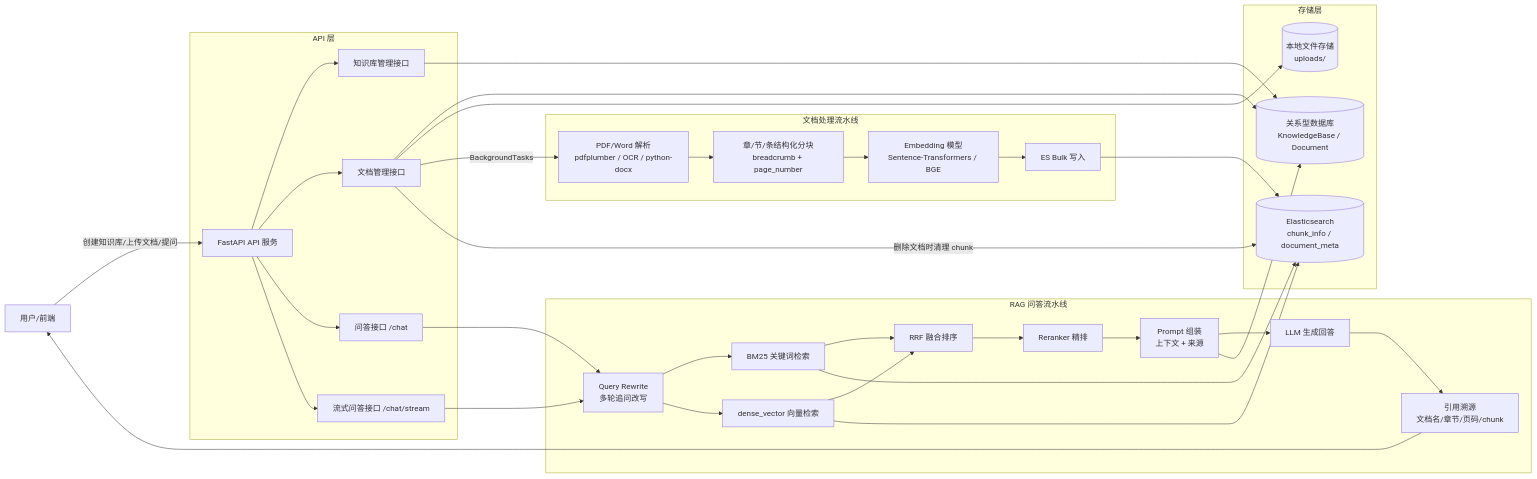
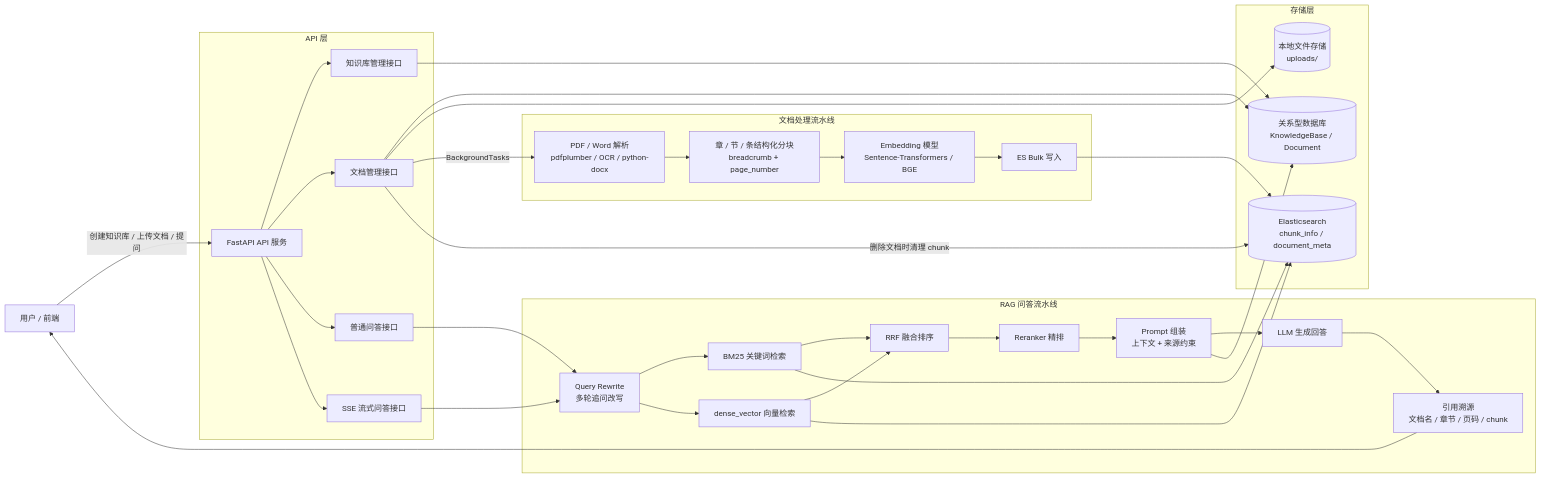
The first of 3 diagrams in README.md (zwh-W/gov_rag), drawn with Mermaid before and after one commit. The commit also changed other lines of this file and 2 other files, not shown here.

````diff
--- a/README.md
+++ b/README.md
@@ -99,51 +75,51 @@
 ```mermaid
 flowchart LR
-    U[用户/前端] -->|创建知识库/上传文档/提问| API[FastAPI API 服务]
+    U[用户 / 前端] -->|创建知识库 / 上传文档 / 提问| API[FastAPI API 服务]
 
     subgraph API_LAYER[API 层]
         API --> KBAPI[知识库管理接口]
         API --> DOCAPI[文档管理接口]
-        API --> CHATAPI[问答接口 /chat]
-        API --> STREAMAPI[流式问答接口 /chat/stream]
+        API --> CHATAPI[普通问答接口]
+        API --> STREAMAPI[SSE 流式问答接口]
     end
 
     subgraph STORAGE[存储层]
         DB[(关系型数据库\nKnowledgeBase / Document)]
         FS[(本地文件存储\nuploads/)]
         ES[(Elasticsearch\nchunk_info / document_meta)]
     end
 
     subgraph DOC_PIPELINE[文档处理流水线]
-        PARSER[PDF/Word 解析\npdfplumber / OCR / python-docx]
-        SPLITTER[章/节/条结构化分块\nbreadcrumb + page_number]
+        PARSER[PDF / Word 解析\npdfplumber / OCR / python-docx]
+        SPLITTER[章 / 节 / 条结构化分块\nbreadcrumb + page_number]
         EMB[Embedding 模型\nSentence-Transformers / BGE]
         BULK[ES Bulk 写入]
     end
 
     subgraph RAG_PIPELINE[RAG 问答流水线]
         REWRITE[Query Rewrite\n多轮追问改写]
         BM25[BM25 关键词检索]
         VECTOR[dense_vector 向量检索]
         RRF[RRF 融合排序]
         RERANK[Reranker 精排]
-        PROMPT[Prompt 组装\n上下文 + 来源]
+        PROMPT[Prompt 组装\n上下文 + 来源约束]
         LLM[LLM 生成回答]
-        SOURCE[引用溯源\n文档名/章节/页码/chunk]
+        SOURCE[引用溯源\n文档名 / 章节 / 页码 / chunk]
     end
 
     KBAPI --> DB
     DOCAPI --> DB
     DOCAPI --> FS
     DOCAPI -->|BackgroundTasks| PARSER
     PARSER --> SPLITTER --> EMB --> BULK --> ES
     DOCAPI -->|删除文档时清理 chunk| ES
 
     CHATAPI --> REWRITE
     STREAMAPI --> REWRITE
     REWRITE --> BM25 --> RRF
     REWRITE --> VECTOR --> RRF
     RRF --> RERANK --> PROMPT --> LLM --> SOURCE --> U
-    PROMPT --> DB
     BM25 --> ES
     VECTOR --> ES
+    PROMPT --> DB
 ```
````
